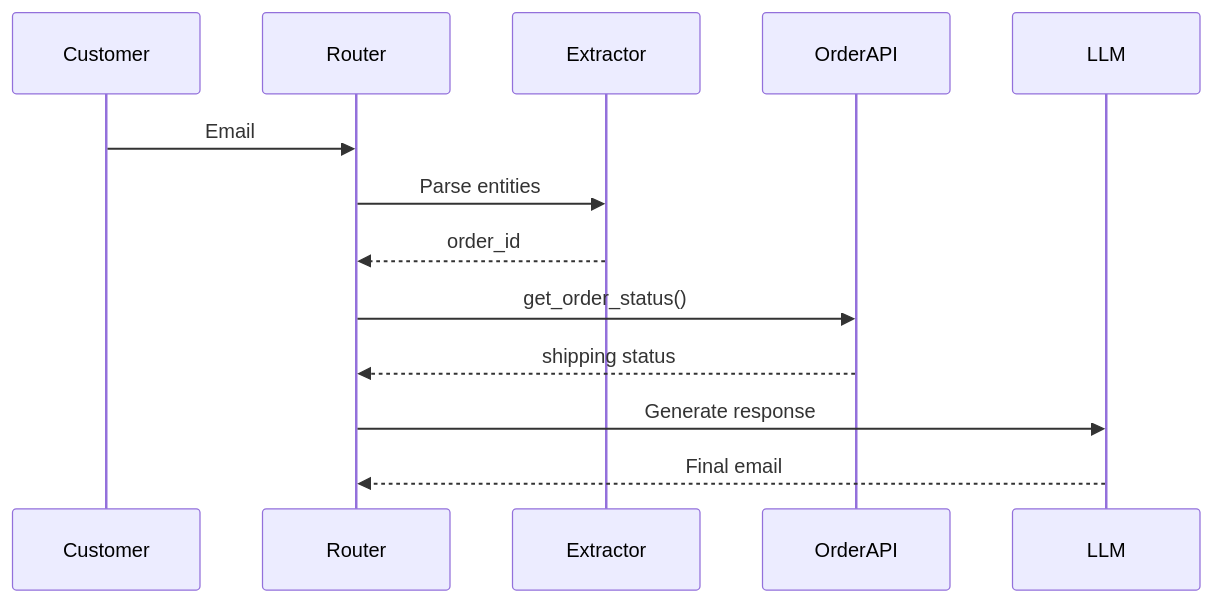
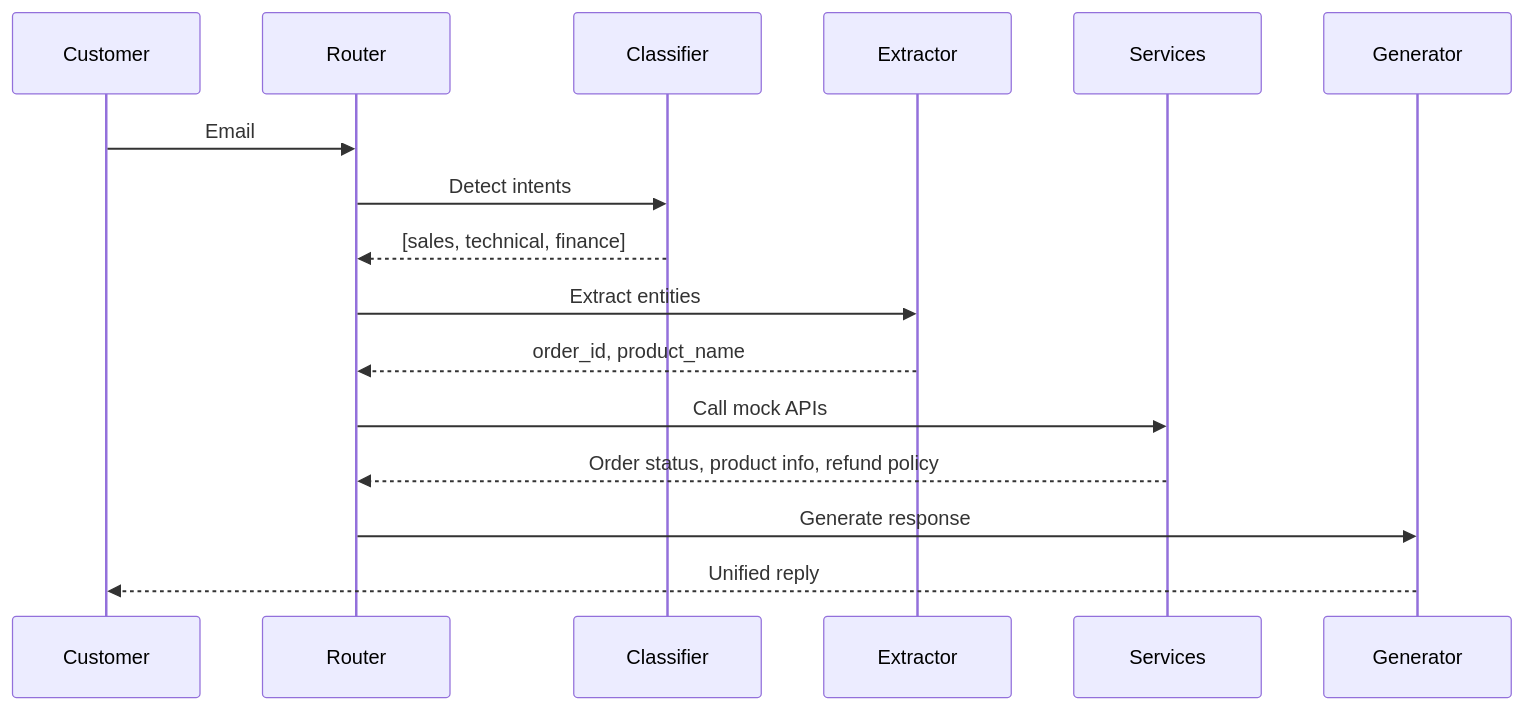
The diagram in README.md (AmirMohammad-Sharbati/email-ai-support-orchestrator), drawn with Mermaid before and after one commit. The commit also changed other lines of this file, not shown here.

````diff
--- a/README.md
+++ b/README.md
@@ -182,13 +156,12 @@
 ```mermaid
 sequenceDiagram
-
-Customer->>Router: Email
-Router->>Extractor: Parse entities
-Extractor-->>Router: order_id
-
-Router->>OrderAPI: get_order_status()
-OrderAPI-->>Router: shipping status
-
-Router->>LLM: Generate response
-LLM-->>Router: Final email
+    Customer->>Router: Email
+    Router->>Classifier: Detect intents
+    Classifier-->>Router: [sales, technical, finance]
+    Router->>Extractor: Extract entities
+    Extractor-->>Router: order_id, product_name
+    Router->>Services: Call mock APIs
+    Services-->>Router: Order status, product info, refund policy
+    Router->>Generator: Generate response
+    Generator-->>Customer: Unified reply
 ```
````
